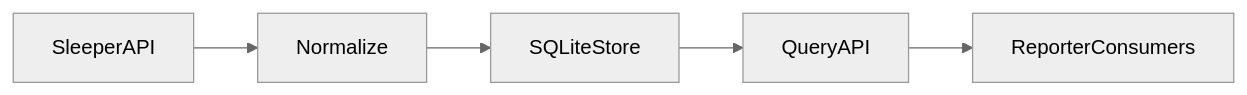
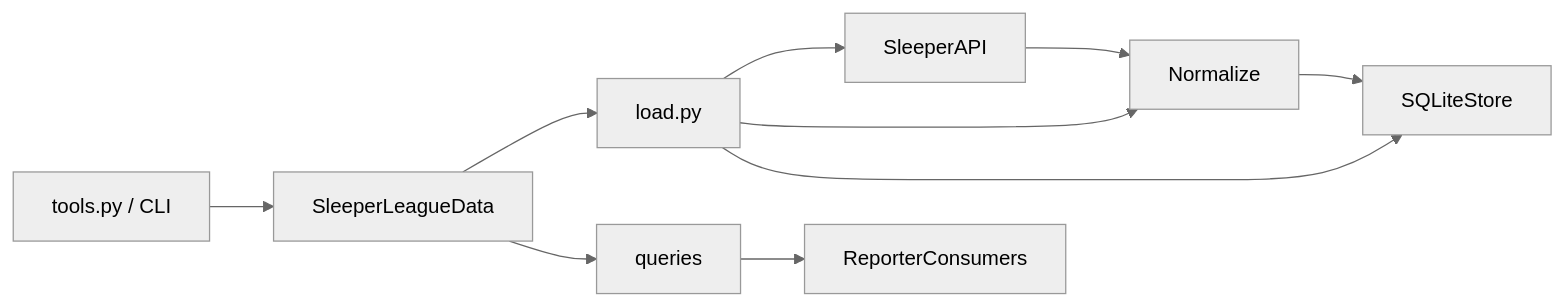
Before and after one commit to maxwn04/AIdamShefter-v2: the diagram in datalayer/docs/architecture.md, drawn with Mermaid (neutral theme). The commit also changed other lines of this file and 49 other files, not shown here.

First line of the commit message:
refactor(datalayer): modularize schema, extract load pipeline, clarify layers

````diff
--- a/datalayer/docs/architecture.md
+++ b/datalayer/docs/architecture.md
@@ -19,7 +21,12 @@
- ```mermaid
- flowchart LR
-   SleeperAPI[ SleeperAPI ] --> Normalize[ Normalize ]
-   Normalize --> SQLiteStore[ SQLiteStore ]
-   SQLiteStore --> QueryAPI[ QueryAPI ]
-   QueryAPI --> ReporterConsumers[ ReporterConsumers ]
- ```
+```mermaid
+flowchart LR
+  SleeperAPI[SleeperAPI] --> Normalize[Normalize]
+  Normalize --> SQLiteStore[SQLiteStore]
+  Load[load.py] --> SleeperAPI
+  Load --> Normalize
+  Load --> SQLiteStore
+  Facade[SleeperLeagueData] --> Load
+  Facade --> QueryAPI[queries]
+  QueryAPI --> ReporterConsumers[ReporterConsumers]
+  Tools[tools.py / CLI] --> Facade
+```
````
